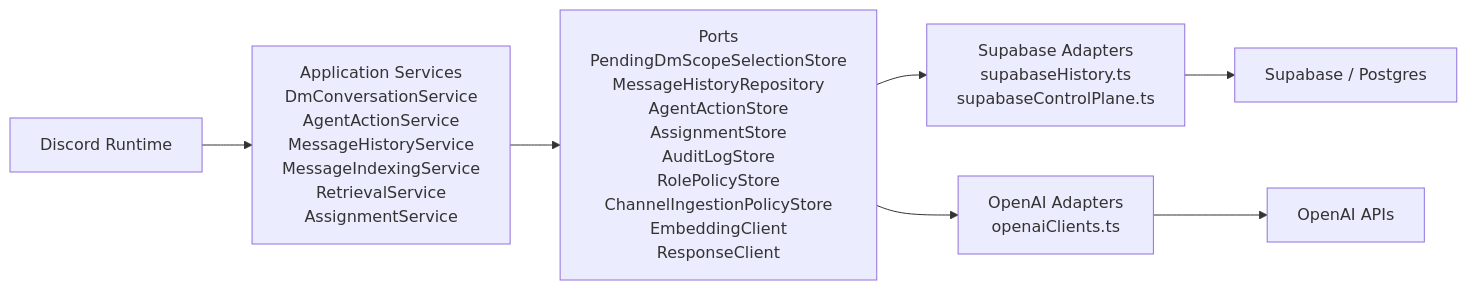
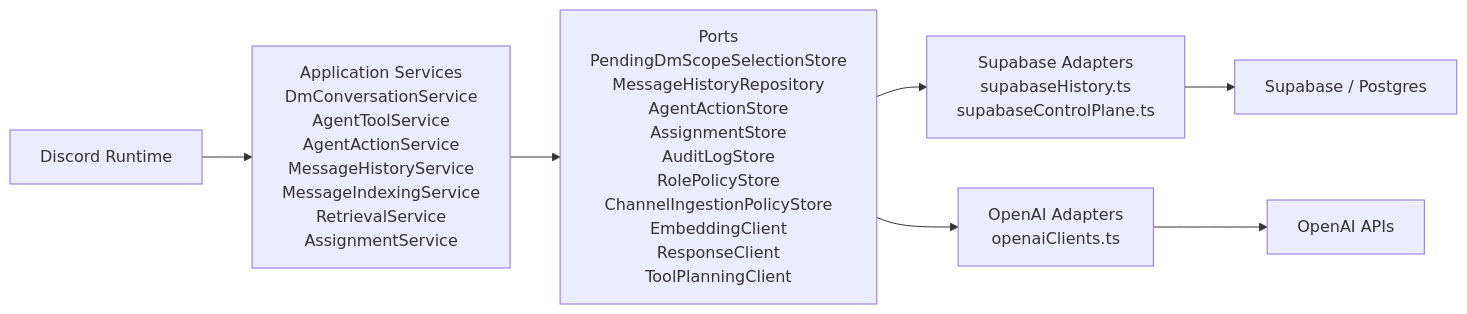
Before and after one commit to gOps132/GigiDC: the diagram in docs/diagrams/service-adapters.md, drawn with Mermaid. The commit also changed other lines of this file and 16 other files, not shown here.

````diff
--- a/docs/diagrams/service-adapters.md
+++ b/docs/diagrams/service-adapters.md
@@ -5,17 +5,17 @@
 ```mermaid
 flowchart LR
   Discord["Discord Runtime"]
-  Services["Application Services<br/>DmConversationService<br/>AgentActionService<br/>MessageHistoryService<br/>MessageIndexingService<br/>RetrievalService<br/>AssignmentService"]
-  Ports["Ports<br/>PendingDmScopeSelectionStore<br/>MessageHistoryRepository<br/>AgentActionStore<br/>AssignmentStore<br/>AuditLogStore<br/>RolePolicyStore<br/>ChannelIngestionPolicyStore<br/>EmbeddingClient<br/>ResponseClient"]
+  Services["Application Services<br/>DmConversationService<br/>AgentToolService<br/>AgentActionService<br/>MessageHistoryService<br/>MessageIndexingService<br/>RetrievalService<br/>AssignmentService"]
+  Ports["Ports<br/>PendingDmScopeSelectionStore<br/>MessageHistoryRepository<br/>AgentActionStore<br/>AssignmentStore<br/>AuditLogStore<br/>RolePolicyStore<br/>ChannelIngestionPolicyStore<br/>EmbeddingClient<br/>ResponseClient<br/>ToolPlanningClient"]
   SupabaseAdapters["Supabase Adapters<br/>supabaseHistory.ts<br/>supabaseControlPlane.ts"]
   OpenAIAdapters["OpenAI Adapters<br/>openaiClients.ts"]
   DB["Supabase / Postgres"]
   OpenAI["OpenAI APIs"]
 
   Discord --> Services
   Services --> Ports
   Ports --> SupabaseAdapters
   Ports --> OpenAIAdapters
   SupabaseAdapters --> DB
   OpenAIAdapters --> OpenAI
 ```
````
